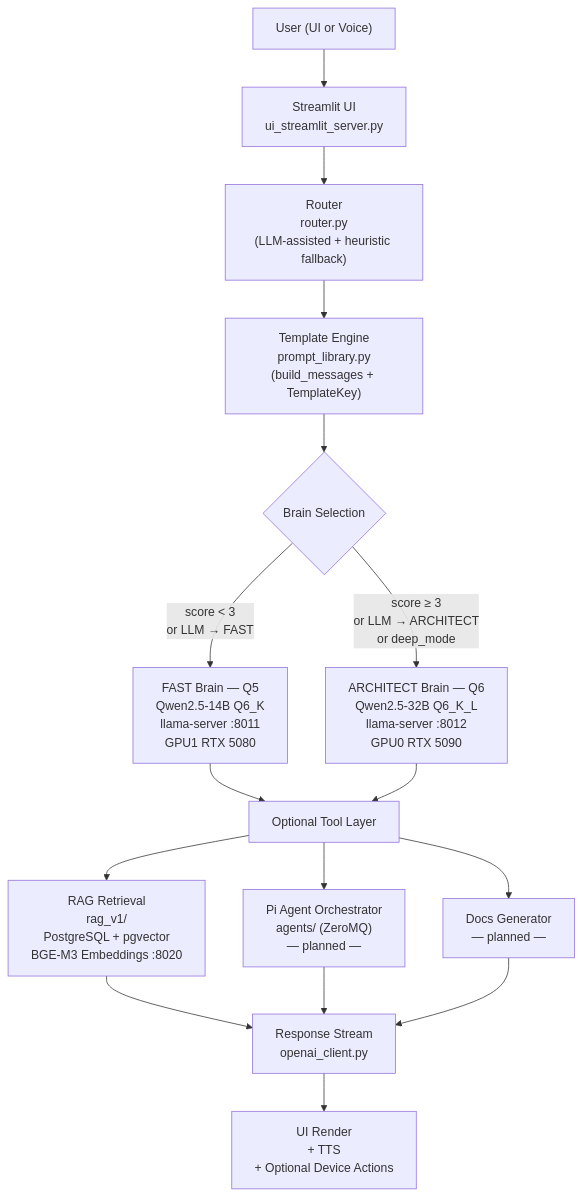
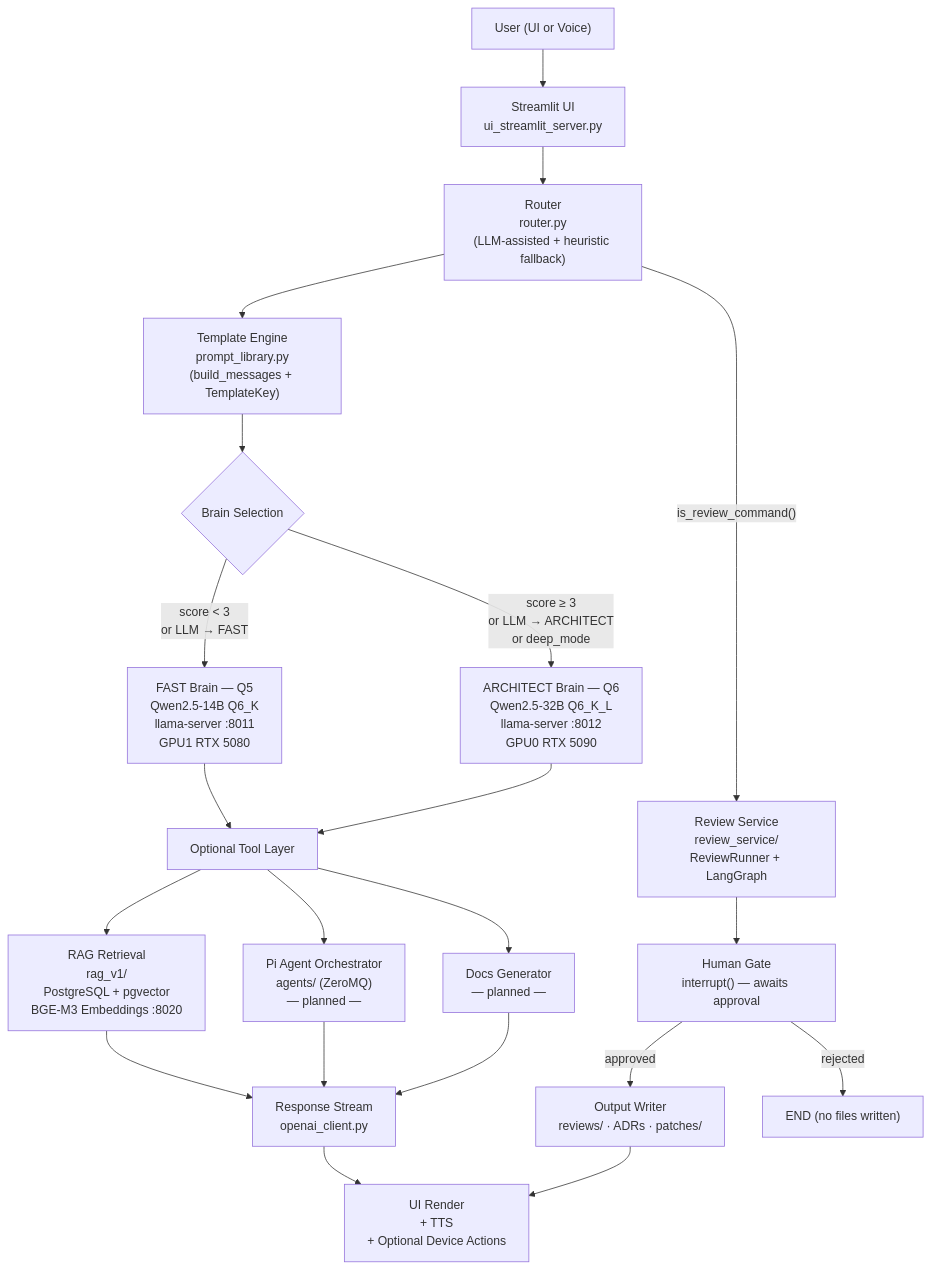
Before and after one commit to Que8549/sage_kaizen_ai: the diagram in docs/01-ARCHITECTURE.md, drawn with Mermaid. The commit also changed other lines of this file and 17 other files, not shown here.

````diff
--- a/docs/01-ARCHITECTURE.md
+++ b/docs/01-ARCHITECTURE.md
@@ -42,32 +42,38 @@
 ```mermaid
 flowchart TD
     A["User (UI or Voice)"]
     B["Streamlit UI\nui_streamlit_server.py"]
     C["Router\nrouter.py\n(LLM-assisted + heuristic fallback)"]
     D["Template Engine\nprompt_library.py\n(build_messages + TemplateKey)"]
     E{"Brain Selection"}
     F["FAST Brain — Q5\nQwen2.5-14B Q6_K\nllama-server :8011\nGPU1 RTX 5080"]
     G["ARCHITECT Brain — Q6\nQwen2.5-32B Q6_K_L\nllama-server :8012\nGPU0 RTX 5090"]
     H["Optional Tool Layer"]
     I["RAG Retrieval\nrag_v1/\nPostgreSQL + pgvector\nBGE-M3 Embeddings :8020"]
     J["Pi Agent Orchestrator\nagents/ (ZeroMQ)\n— planned —"]
     K["Docs Generator\n— planned —"]
     L["Response Stream\nopenai_client.py"]
     M["UI Render\n+ TTS\n+ Optional Device Actions"]
 
     A --> B
     B --> C
     C --> D
     D --> E
     E -->|"score < 3\nor LLM → FAST"| F
     E -->|"score ≥ 3\nor LLM → ARCHITECT\nor deep_mode"| G
     F --> H
     G --> H
     H --> I
     H --> J
     H --> K
     I --> L
     J --> L
     K --> L
     L --> M
+
+    C -->|"is_review_command()"| N["Review Service\nreview_service/\nReviewRunner + LangGraph"]
+    N --> O["Human Gate\ninterrupt() — awaits approval"]
+    O -->|"approved"| P["Output Writer\nreviews/ · ADRs · patches/"]
+    O -->|"rejected"| Q["END (no files written)"]
+    P --> M
 ```
````
